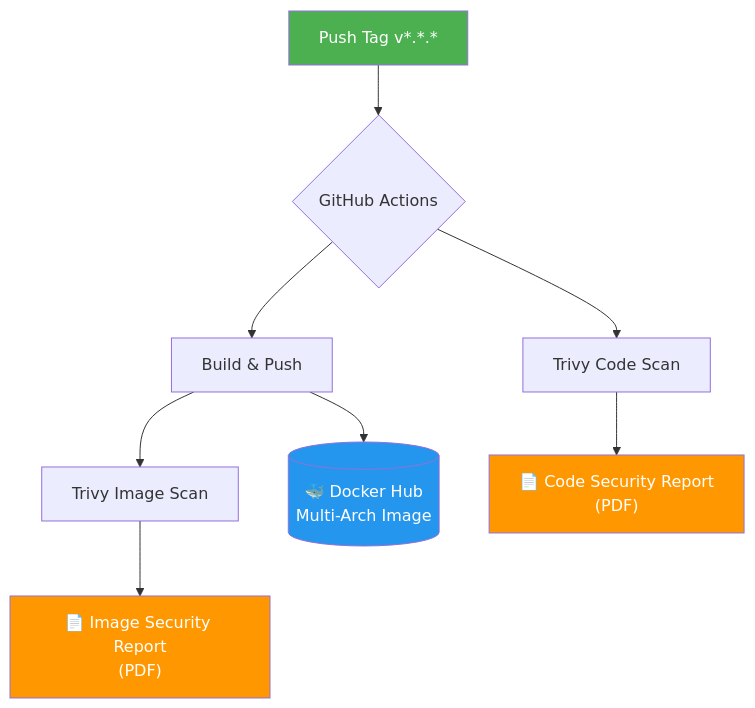
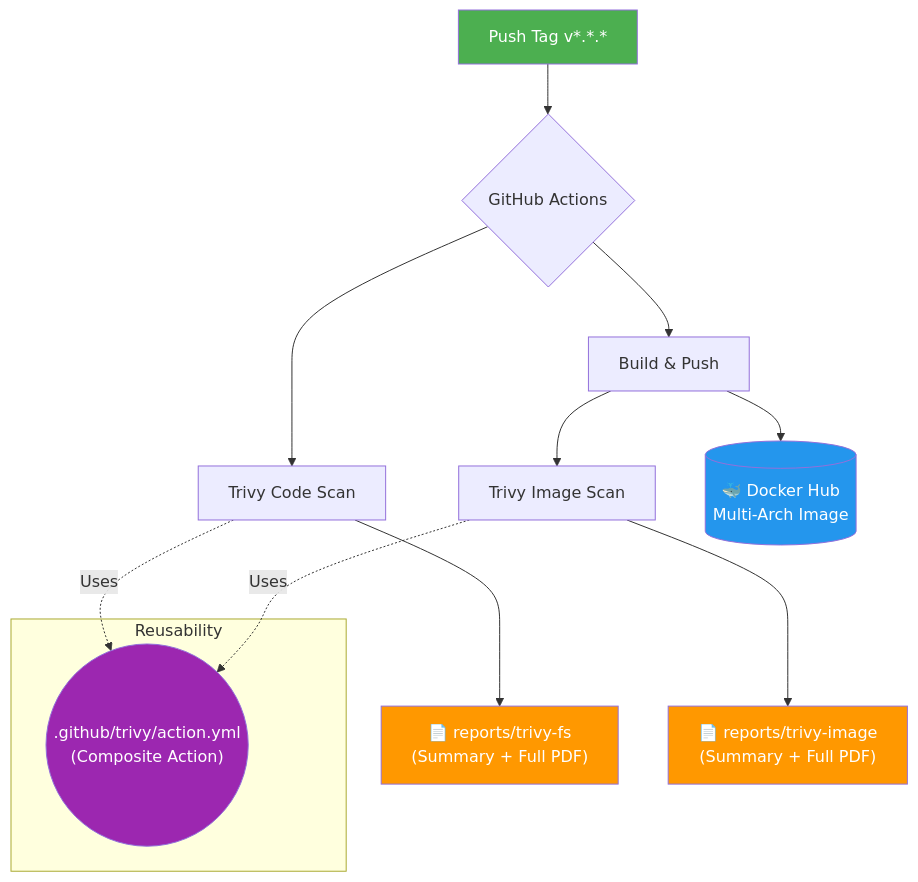
One commit to grs89/github-template changed the diagram in README.md. Above: the diagram before and after it, drawn with Mermaid. The commit also changed other lines of this file, not shown here.

````diff
--- a/README.md
+++ b/README.md
@@ -40,16 +40,24 @@
 ```mermaid
 flowchart TD
     A[Push Tag v*.*.*] --> B{GitHub Actions}
     B --> C[Build & Push]
     B --> D[Trivy Code Scan]
     C --> E[Trivy Image Scan]
     
+    subgraph Shared [Reusability]
+        CA((".github/trivy/action.yml<br/>(Composite Action)"))
+    end
+
+    D -.-> |Uses| CA
+    E -.-> |Uses| CA
+    
     C --> F[("🐳 Docker Hub<br/>Multi-Arch Image")]
-    D --> G["📄 Code Security Report<br/>(PDF)"]
-    E --> H["📄 Image Security Report<br/>(PDF)"]
+    D --> G["📄 reports/trivy-fs<br/>(Summary + Full PDF)"]
+    E --> H["📄 reports/trivy-image<br/>(Summary + Full PDF)"]
     
     style A fill:#4CAF50,color:#fff
+    style CA fill:#9C27B0,color:#fff
     style F fill:#2496ED,color:#fff
     style G fill:#FF9800,color:#fff
     style H fill:#FF9800,color:#fff
 ```
````
